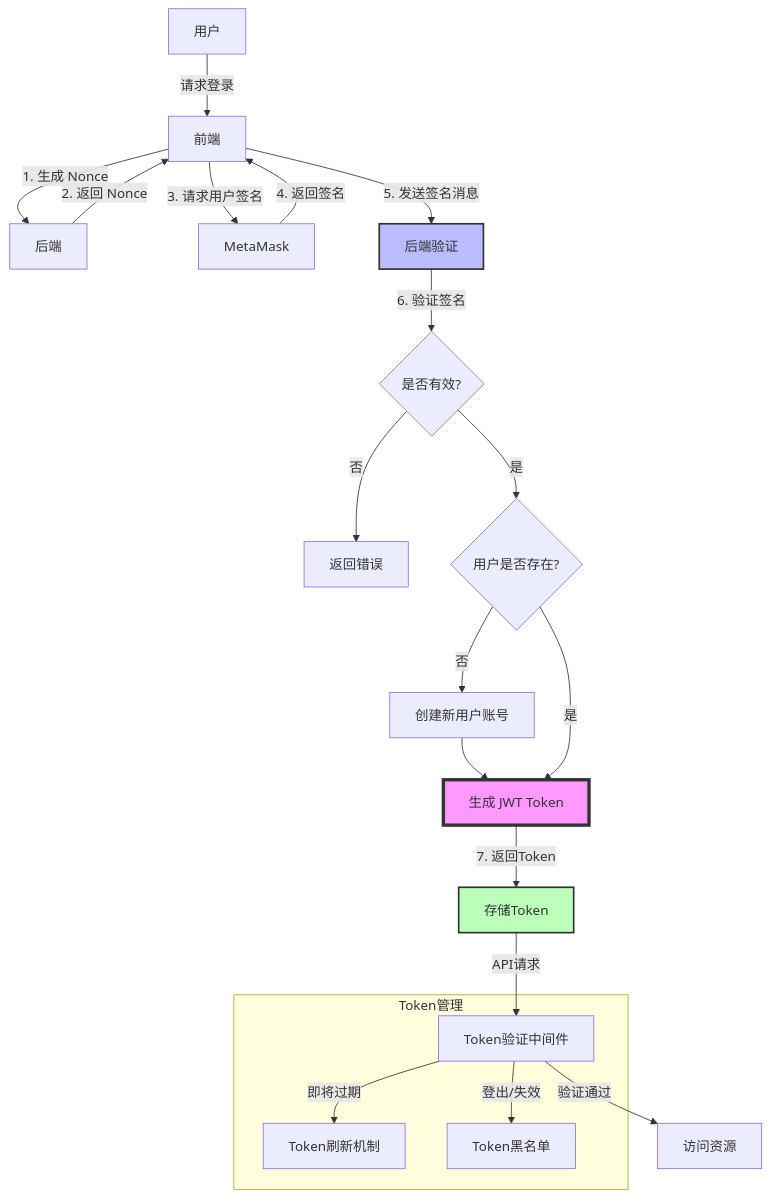
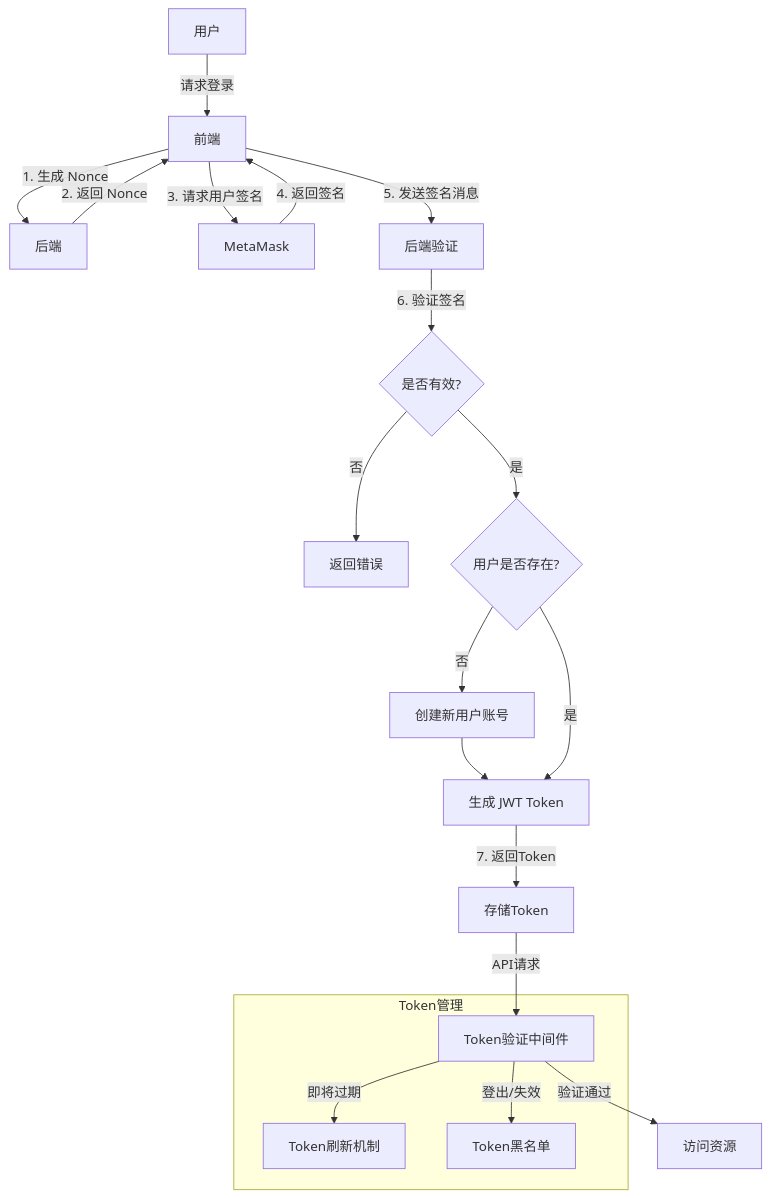
The diagram in all/未命名-10.md (yingjianzh/iodraw-files), drawn with Mermaid before and after one commit.

Commit message:
2025-01-02 10:38:33 update

````diff
--- a/all/未命名-10.md
+++ b/all/未命名-10.md
@@ -1,34 +1,32 @@
 ```mermaid
 flowchart TD
     A[用户] -->|请求登录| B[前端]
     B -->|1. 生成 Nonce| C[后端]
     C -->|2. 返回 Nonce| B
     B -->|3. 请求用户签名| D[MetaMask]
     D -->|4. 返回签名| B
     B -->|5. 发送签名消息| E[后端验证]
     
     E -->|6. 验证签名| F{是否有效?}
     F -->|否| G[返回错误]
     F -->|是| H{用户是否存在?}
     
     H -->|否| I[创建新用户账号]
     I -->J[生成 JWT Token]
     H -->|是| J
     
     J -->|7. 返回Token| K[存储Token]
     
     subgraph Token管理
         L[Token验证中间件]
         M[Token刷新机制]
         N[Token黑名单]
     end
     
     K -->|API请求| L
     L -->|验证通过| O[访问资源]
     L -->|即将过期| M
     L -->|登出/失效| N
 
-    style J fill:#f9f,stroke:#333,stroke-width:4px
-    style E fill:#bbf,stroke:#333,stroke-width:2px
-    style K fill:#bfb,stroke:#333,stroke-width:2px
+    
 ```
````
